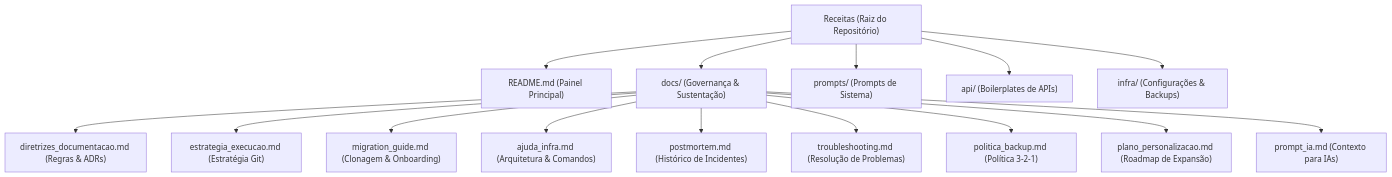
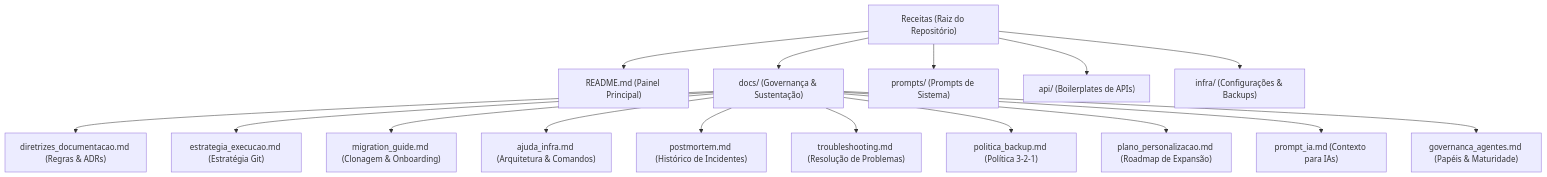
Before and after one commit to dxcdc/Agentes-Dify: the diagram in README.md, drawn with Mermaid. The commit also changed other lines of this file and 2 other files, not shown here.

Commit message:
feat(docs): adiciona governanca, papeis e maturidade de agentes de ia

````diff
--- a/README.md
+++ b/README.md
@@ -21,19 +21,20 @@
 ```mermaid
 graph TD
     Root["Receitas (Raiz do Repositório)"]
     Root --> README["README.md (Painel Principal)"]
     Root --> Docs["docs/ (Governança & Sustentação)"]
     Root --> Prompts["prompts/ (Prompts de Sistema)"]
     Root --> API["api/ (Boilerplates de APIs)"]
     Root --> Infra["infra/ (Configurações & Backups)"]
 
     Docs --> D1["diretrizes_documentacao.md (Regras & ADRs)"]
     Docs --> D2["estrategia_execucao.md (Estratégia Git)"]
     Docs --> D3["migration_guide.md (Clonagem & Onboarding)"]
     Docs --> D4["ajuda_infra.md (Arquitetura & Comandos)"]
     Docs --> D5["postmortem.md (Histórico de Incidentes)"]
     Docs --> D6["troubleshooting.md (Resolução de Problemas)"]
     Docs --> D7["politica_backup.md (Política 3-2-1)"]
     Docs --> D8["plano_personalizacao.md (Roadmap de Expansão)"]
     Docs --> D9["prompt_ia.md (Contexto para IAs)"]
+    Docs --> D10["governanca_agentes.md (Papéis & Maturidade)"]
 ```
````
